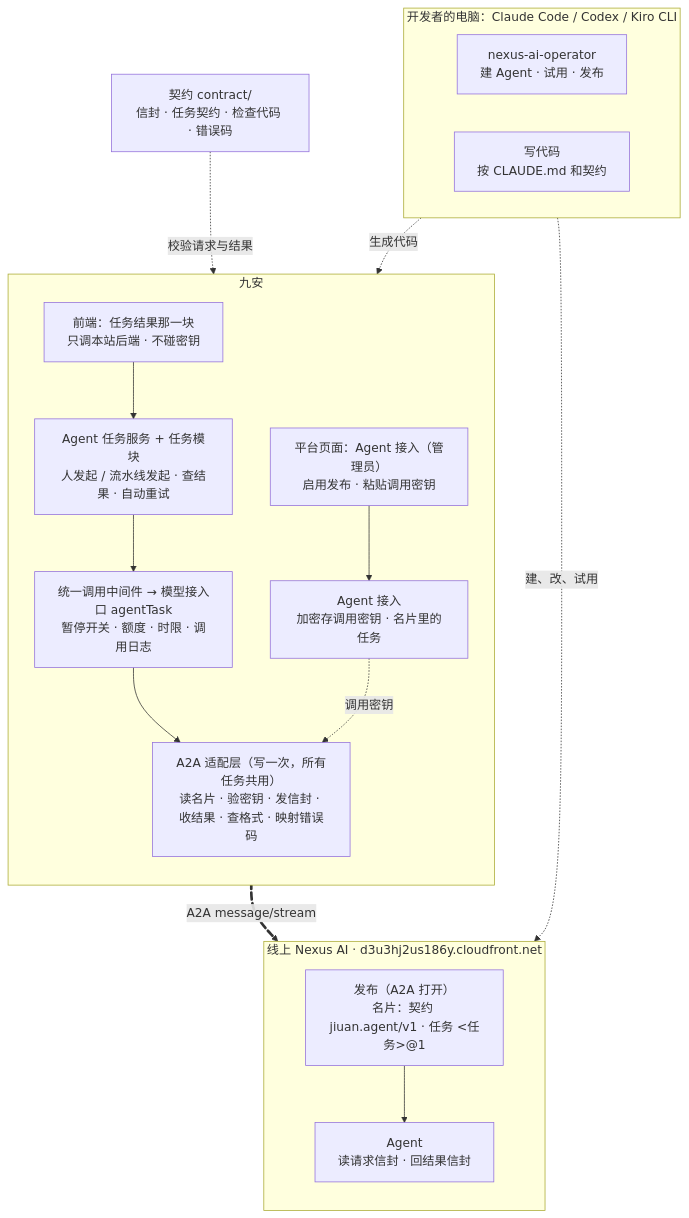
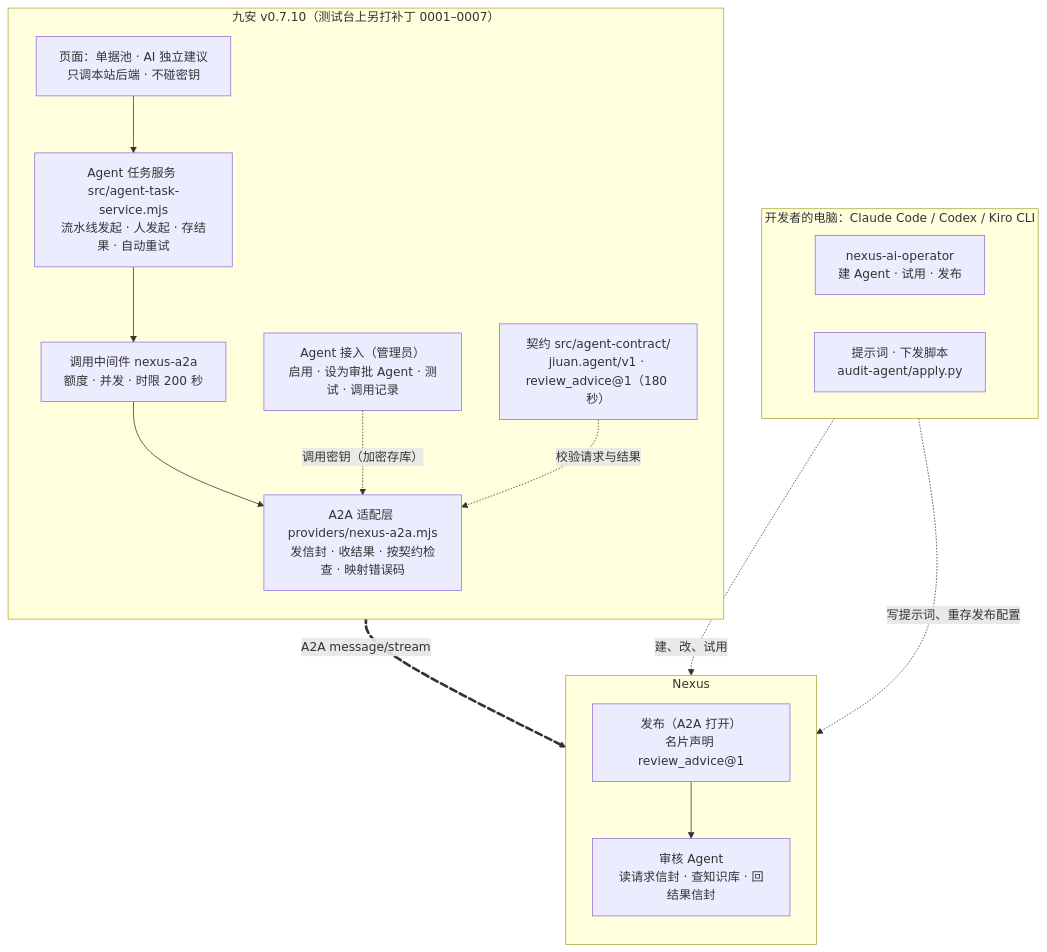
One commit to LiboMa/nexus-jiuan-agent-framework-poc changed the diagram in docs/assets/diagrams/dev-guide-architecture.mmd. Above: the diagram before and after it, drawn with Mermaid. The commit also changed 92 other files, not shown here.

```diff
--- a/docs/assets/diagrams/dev-guide-architecture.mmd
+++ b/docs/assets/diagrams/dev-guide-architecture.mmd
@@ -1,33 +1,31 @@
 flowchart TB
   subgraph tools["开发者的电脑：Claude Code / Codex / Kiro CLI"]
     direction LR
     op["nexus-ai-operator<br/>建 Agent · 试用 · 发布"]
-    cc["写代码<br/>按 CLAUDE.md 和契约"]
+    pr["提示词 · 下发脚本<br/>audit-agent/apply.py"]
   end
-  subgraph jiuan["九安"]
+  subgraph jiuan["九安 v0.7.10（测试台上另打补丁 0001–0007）"]
     direction TB
-    fe["前端：任务结果那一块<br/>只调本站后端 · 不碰密钥"]
-    adm["平台页面：Agent 接入（管理员）<br/>启用发布 · 粘贴调用密钥"]
-    svc["Agent 任务服务 + 任务模块<br/>人发起 / 流水线发起 · 查结果 · 自动重试"]
-    mw["统一调用中间件 → 模型接入口 agentTask<br/>暂停开关 · 额度 · 时限 · 调用日志"]
-    acc["Agent 接入<br/>加密存调用密钥 · 名片里的任务"]
-    ad["A2A 适配层（写一次，所有任务共用）<br/>读名片 · 验密钥 · 发信封 · 收结果 · 查格式 · 映射错误码"]
+    fe["页面：单据池 · AI 独立建议<br/>只调本站后端 · 不碰密钥"]
+    adm["Agent 接入（管理员）<br/>启用 · 设为审批 Agent · 测试 · 调用记录"]
+    svc["Agent 任务服务 src/agent-task-service.mjs<br/>流水线发起 · 人发起 · 存结果 · 自动重试"]
+    mw["调用中间件 nexus-a2a<br/>额度 · 并发 · 时限 200 秒"]
+    ad["A2A 适配层 providers/nexus-a2a.mjs<br/>发信封 · 收结果 · 按契约检查 · 映射错误码"]
+    contract["契约 src/agent-contract/<br/>jiuan.agent/v1 · review_advice@1（180 秒）"]
   end
-  subgraph nexus["线上 Nexus AI · d3u3hj2us186y.cloudfront.net"]
+  subgraph nexus["Nexus"]
     direction TB
-    pub["发布（A2A 打开）<br/>名片：契约 jiuan.agent/v1 · 任务 &lt;任务&gt;@1"]
-    agent["Agent<br/>读请求信封 · 回结果信封"]
+    pub["发布（A2A 打开）<br/>名片声明 review_advice@1"]
+    agent["审核 Agent<br/>读请求信封 · 查知识库 · 回结果信封"]
   end
-  contract["契约 contract/<br/>信封 · 任务契约 · 检查代码 · 错误码"]
   fe --> svc --> mw --> ad
-  adm --> acc
-  acc -. 调用密钥 .-> ad
+  adm -. 调用密钥（加密存库） .-> ad
   ad e1@== "A2A message/stream" ==> pub --> agent
+  contract -. 校验请求与结果 .-> ad
   op -. 建、改、试用 .-> agent
-  cc -. 生成代码 .-> jiuan
-  contract -. 校验请求与结果 .-> ad
+  pr -. 写提示词、重存发布配置 .-> agent
   e1@{ animate: true }
-  class op,cc poc
-  class fe,adm,svc,mw,acc,ad jiuan
+  class op,pr poc
+  class fe,adm,svc,mw,ad jiuan
   class pub,agent nexus
   class contract good
```
